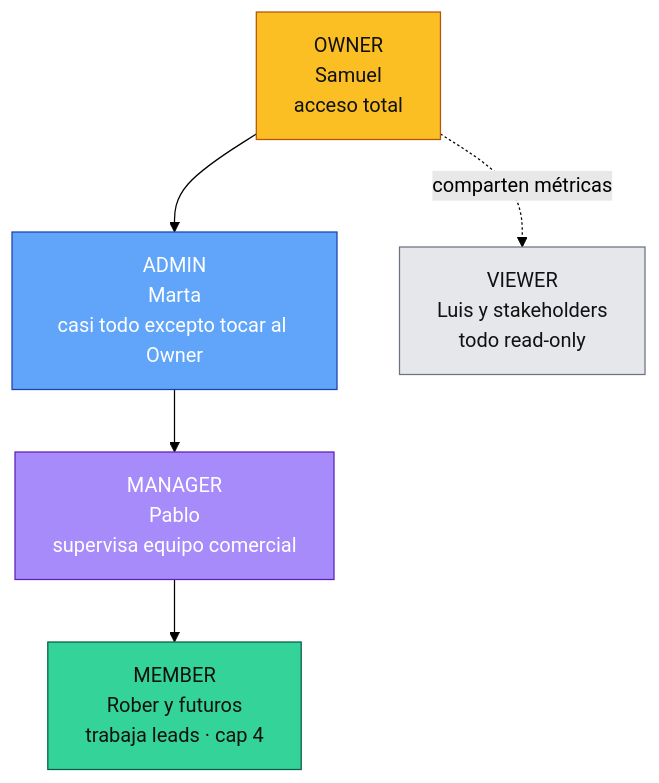
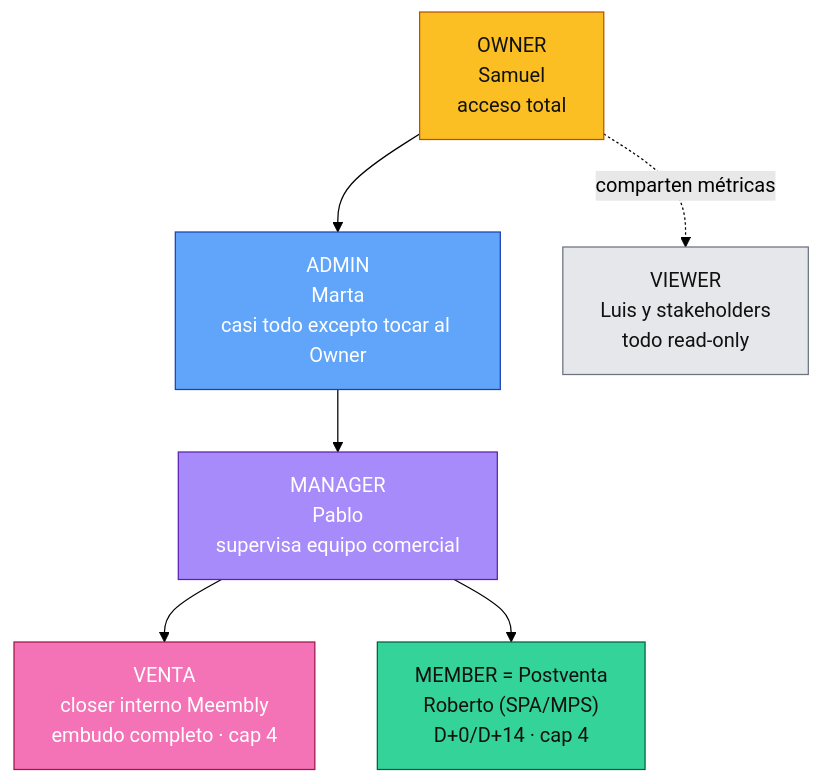
The first of 2 diagrams in admin-index.md (samarluansl/Documentacion-meembly), drawn with Mermaid (forest theme) before and after one commit. The commit also changed other lines of this file and 5 other files, not shown here.

First line of the commit message:
docs: rol VENTA + rol Postventa + flujo D+0/D+14

````diff
--- a/admin-index.md
+++ b/admin-index.md
@@ -9,25 +9,29 @@
 ```mermaid
 flowchart TB
     Owner["OWNER<br/>Samuel<br/>acceso total"]
     Admin["ADMIN<br/>Marta<br/>casi todo excepto tocar al Owner"]
     Manager["MANAGER<br/>Pablo<br/>supervisa equipo comercial"]
-    Member["MEMBER<br/>Rober y futuros<br/>trabaja leads · cap 4"]
+    Venta["VENTA<br/>closer interno Meembly<br/>embudo completo · cap 4"]
+    Member["MEMBER = Postventa<br/>Roberto (SPA/MPS)<br/>D+0/D+14 · cap 4"]
     Viewer["VIEWER<br/>Luis y stakeholders<br/>todo read-only"]
 
     Owner --> Admin
     Admin --> Manager
+    Manager --> Venta
     Manager --> Member
     Owner -.comparten métricas.-> Viewer
 
     classDef owner fill:#fbbf24,stroke:#b45309,color:#111
     classDef admin fill:#60a5fa,stroke:#1e40af,color:#fff
     classDef manager fill:#a78bfa,stroke:#5b21b6,color:#fff
+    classDef venta fill:#f472b6,stroke:#9d174d,color:#fff
     classDef member fill:#34d399,stroke:#065f46,color:#111
     classDef viewer fill:#e5e7eb,stroke:#6b7280,color:#111
 
     class Owner owner
     class Admin admin
     class Manager manager
+    class Venta venta
     class Member member
     class Viewer viewer
 ```
````
